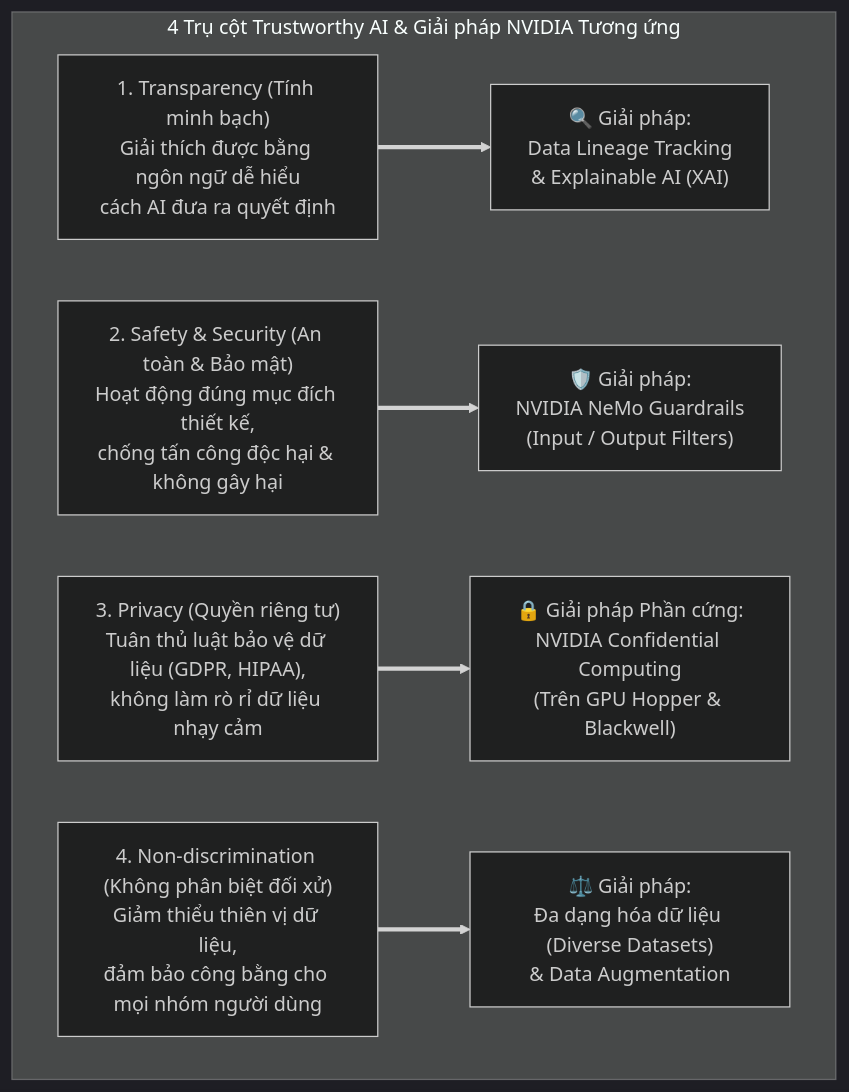
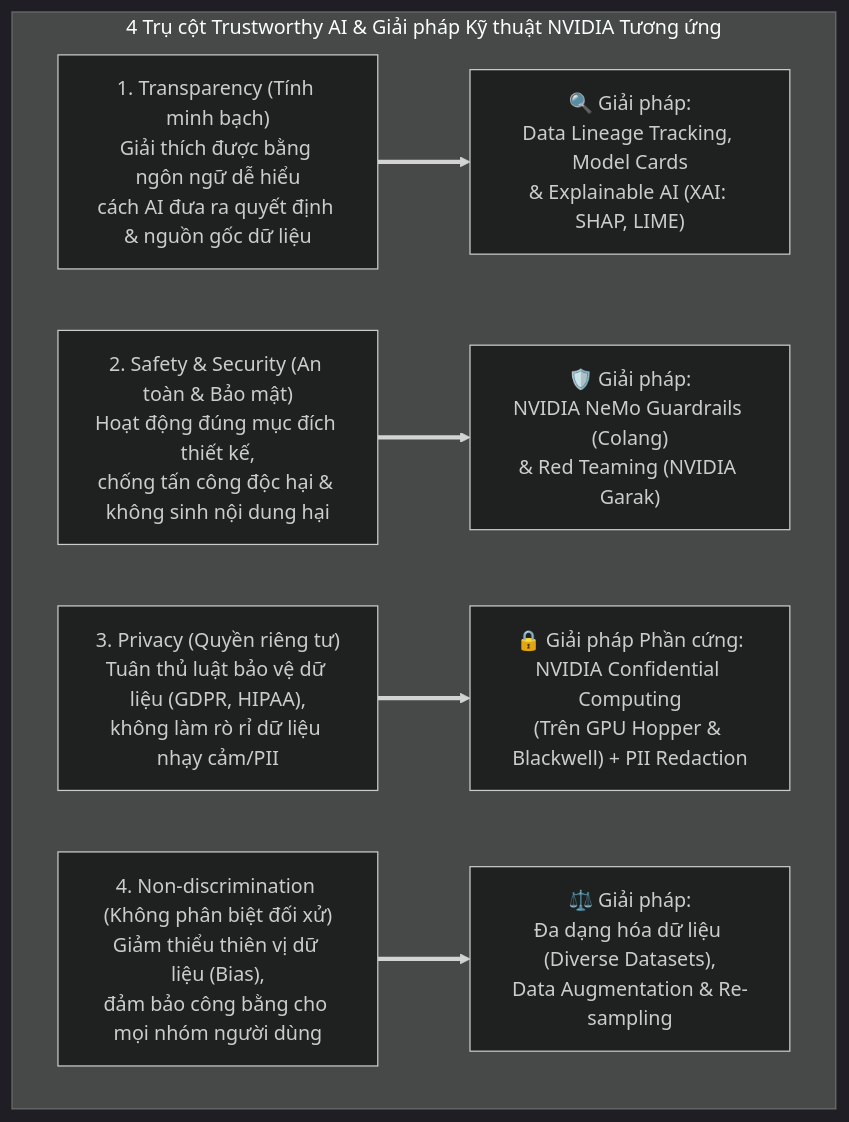
One commit to nxthanh2904/nca-genl changed the second of 4 diagrams in Module_09_Ethical_AI.md. Above: the diagram before and after it, drawn with Mermaid (dark theme). The commit also changed other lines of this file and 11 other files, not shown here.

````diff
--- a/Module_09_Ethical_AI.md
+++ b/Module_09_Ethical_AI.md
@@ -37,13 +55,13 @@
 ```mermaid
 flowchart TD
-    subgraph Pillars["4 Trụ cột Trustworthy AI & Giải pháp NVIDIA Tương ứng"]
+    subgraph Pillars["4 Trụ cột Trustworthy AI & Giải pháp Kỹ thuật NVIDIA Tương ứng"]
         direction LR
-        P1["1. Transparency (Tính minh bạch)<br/>Giải thích được bằng ngôn ngữ dễ hiểu<br/>cách AI đưa ra quyết định"] ==> S1["🔍 Giải pháp:<br/>Data Lineage Tracking<br/>& Explainable AI (XAI)"]
+        P1["1. Transparency (Tính minh bạch)<br/>Giải thích được bằng ngôn ngữ dễ hiểu<br/>cách AI đưa ra quyết định & nguồn gốc dữ liệu"] ==> S1["🔍 Giải pháp:<br/>Data Lineage Tracking, Model Cards<br/>& Explainable AI (XAI: SHAP, LIME)"]
         
-        P2["2. Safety & Security (An toàn & Bảo mật)<br/>Hoạt động đúng mục đích thiết kế,<br/>chống tấn công độc hại & không gây hại"] ==> S2["🛡️ Giải pháp:<br/>NVIDIA NeMo Guardrails<br/>(Input / Output Filters)"]
+        P2["2. Safety & Security (An toàn & Bảo mật)<br/>Hoạt động đúng mục đích thiết kế,<br/>chống tấn công độc hại & không sinh nội dung hại"] ==> S2["🛡️ Giải pháp:<br/>NVIDIA NeMo Guardrails (Colang)<br/>& Red Teaming (NVIDIA Garak)"]
         
-        P3["3. Privacy (Quyền riêng tư)<br/>Tuân thủ luật bảo vệ dữ liệu (GDPR, HIPAA),<br/>không làm rò rỉ dữ liệu nhạy cảm"] ==> S3["🔒 Giải pháp Phần cứng:<br/>NVIDIA Confidential Computing<br/>(Trên GPU Hopper & Blackwell)"]
+        P3["3. Privacy (Quyền riêng tư)<br/>Tuân thủ luật bảo vệ dữ liệu (GDPR, HIPAA),<br/>không làm rò rỉ dữ liệu nhạy cảm/PII"] ==> S3["🔒 Giải pháp Phần cứng:<br/>NVIDIA Confidential Computing<br/>(Trên GPU Hopper & Blackwell) + PII Redaction"]
         
-        P4["4. Non-discrimination (Không phân biệt đối xử)<br/>Giảm thiểu thiên vị dữ liệu,<br/>đảm bảo công bằng cho mọi nhóm người dùng"] ==> S4["⚖️ Giải pháp:<br/>Đa dạng hóa dữ liệu (Diverse Datasets)<br/>& Data Augmentation"]
+        P4["4. Non-discrimination (Không phân biệt đối xử)<br/>Giảm thiểu thiên vị dữ liệu (Bias),<br/>đảm bảo công bằng cho mọi nhóm người dùng"] ==> S4["⚖️ Giải pháp:<br/>Đa dạng hóa dữ liệu (Diverse Datasets),<br/>Data Augmentation & Re-sampling"]
     end
 ```
````
